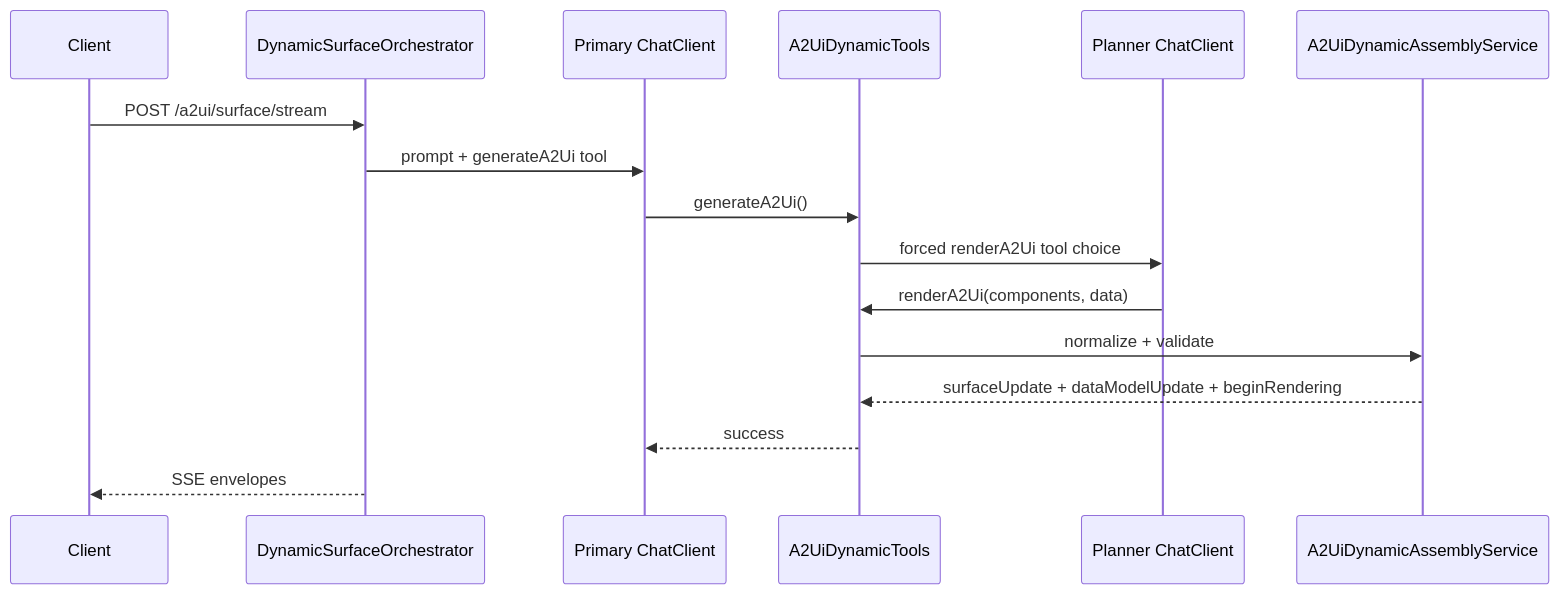
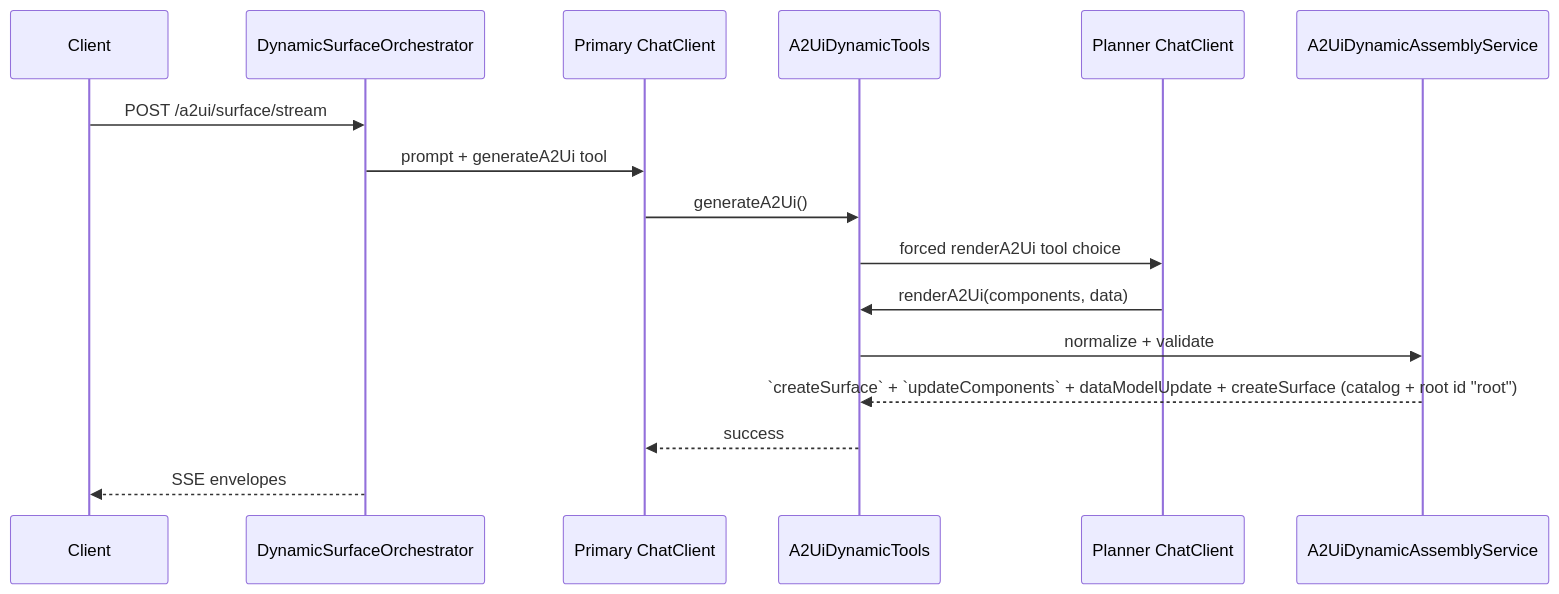
The diagram in docs/guides/dynamic-generative-ui.md (kutaybuyukkorukcu/spring-a2ui-runtime), drawn with Mermaid before and after one commit. The commit also changed other lines of this file and 84 other files, not shown here.

````diff
--- a/docs/guides/dynamic-generative-ui.md
+++ b/docs/guides/dynamic-generative-ui.md
@@ -30,19 +30,19 @@
 ```mermaid
 sequenceDiagram
     participant Client
     participant Orchestrator as DynamicSurfaceOrchestrator
     participant Primary as Primary ChatClient
     participant Tools as A2UiDynamicTools
     participant Planner as Planner ChatClient
     participant Assembly as A2UiDynamicAssemblyService
 
     Client->>Orchestrator: POST /a2ui/surface/stream
     Orchestrator->>Primary: prompt + generateA2Ui tool
     Primary->>Tools: generateA2Ui()
     Tools->>Planner: forced renderA2Ui tool choice
     Planner->>Tools: renderA2Ui(components, data)
     Tools->>Assembly: normalize + validate
-    Assembly-->>Tools: surfaceUpdate + dataModelUpdate + beginRendering
+    Assembly-->>Tools: `createSurface` + `updateComponents` + dataModelUpdate + createSurface (catalog + root id "root")
     Tools-->>Primary: success
     Orchestrator-->>Client: SSE envelopes
 ```
````
